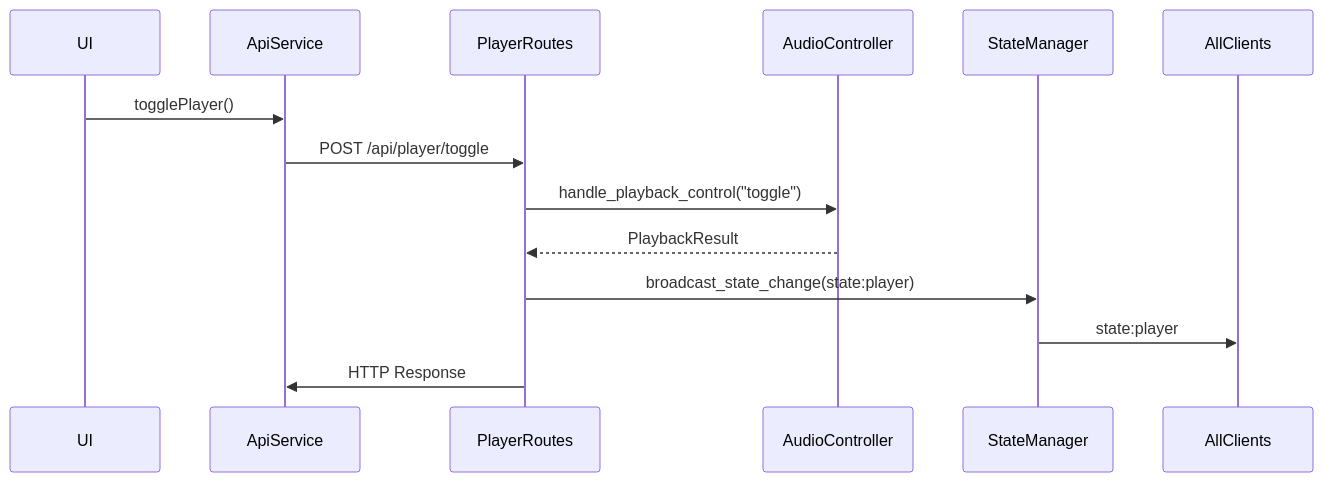
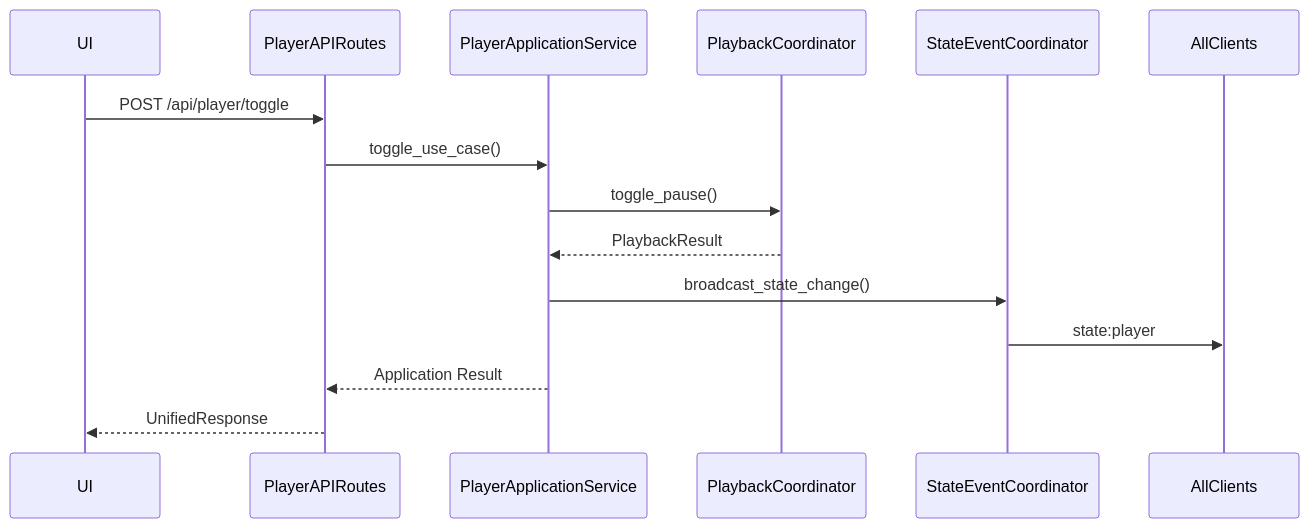
The fifth of 6 diagrams in documentation/api-socketio-communication.md (The-Open-Music-Box/theopenmusicbox), drawn with Mermaid before and after one commit. The commit also changed other lines of this file and 7 other files, not shown here.

First line of the commit message:
docs(project): add DDD architecture documentation

````diff
--- a/documentation/api-socketio-communication.md
+++ b/documentation/api-socketio-communication.md
@@ -641,17 +464,18 @@
 ```mermaid
 sequenceDiagram
     participant UI
-    participant ApiService
-    participant PlayerRoutes
-    participant AudioController
-    participant StateManager
+    participant PlayerAPIRoutes
+    participant PlayerApplicationService
+    participant PlaybackCoordinator
+    participant StateEventCoordinator
     participant AllClients
 
-    UI->>ApiService: togglePlayer()
-    ApiService->>PlayerRoutes: POST /api/player/toggle
-    PlayerRoutes->>AudioController: handle_playback_control("toggle")
-    AudioController-->>PlayerRoutes: PlaybackResult
-    PlayerRoutes->>StateManager: broadcast_state_change(state:player)
-    StateManager->>AllClients: state:player
-    PlayerRoutes->>ApiService: HTTP Response
+    UI->>PlayerAPIRoutes: POST /api/player/toggle
+    PlayerAPIRoutes->>PlayerApplicationService: toggle_use_case()
+    PlayerApplicationService->>PlaybackCoordinator: toggle_pause()
+    PlaybackCoordinator-->>PlayerApplicationService: PlaybackResult
+    PlayerApplicationService->>StateEventCoordinator: broadcast_state_change()
+    StateEventCoordinator->>AllClients: state:player
+    PlayerApplicationService-->>PlayerAPIRoutes: Application Result
+    PlayerAPIRoutes-->>UI: UnifiedResponse
 ```
````
